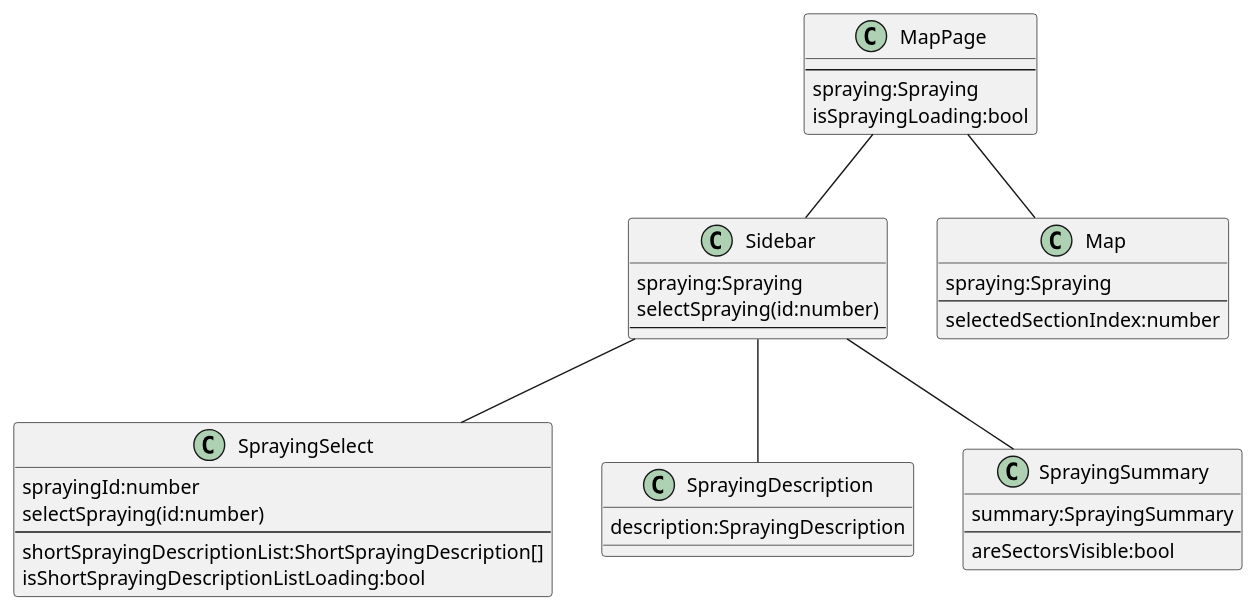
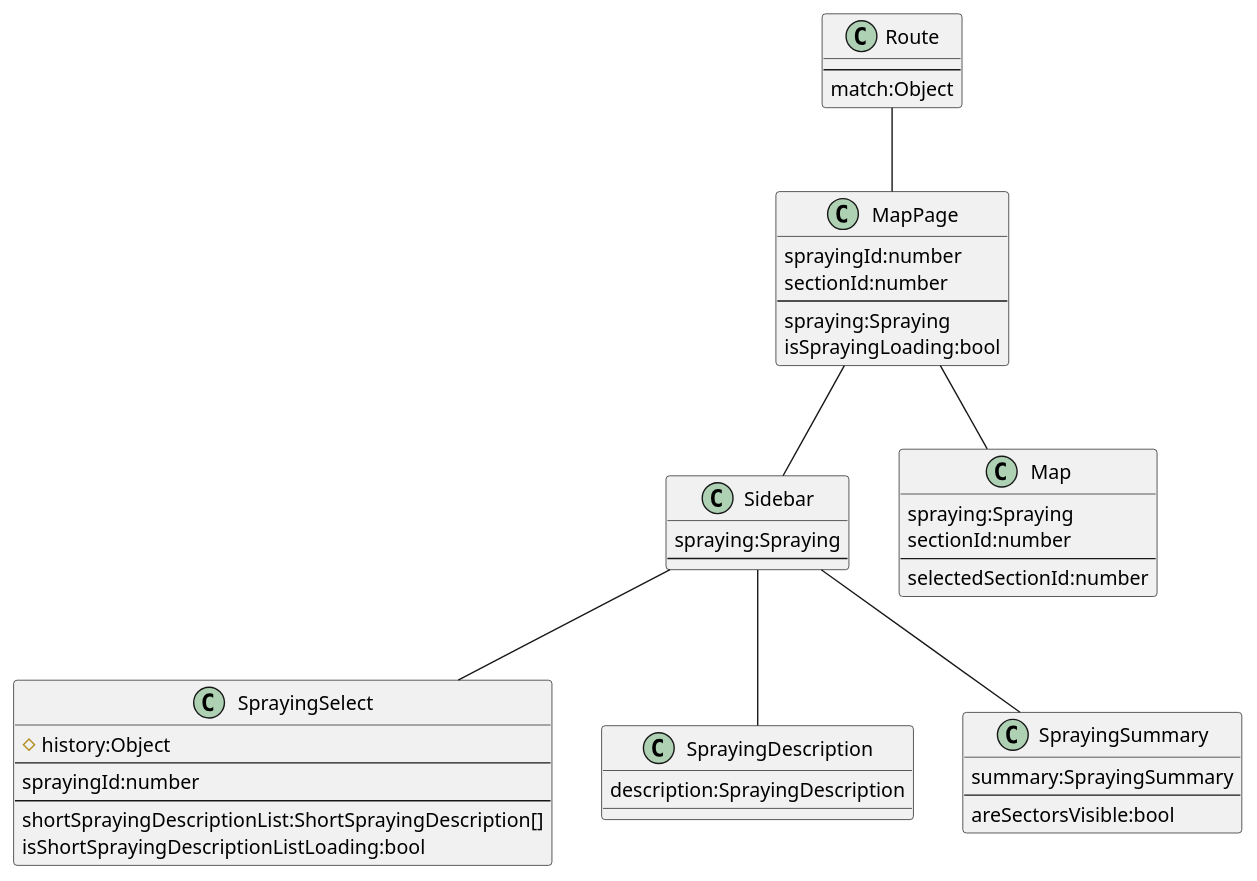
The diagram in docs/mapPage.cmp.puml (cbarsony/infested), drawn with PlantUML before and after one commit. The commit also changed 11 other files, not shown here.

Commit message:
Select spraying, section with Router, Context

```diff
--- a/docs/mapPage.cmp.puml
+++ b/docs/mapPage.cmp.puml
@@ -1,46 +1,56 @@
 @startuml
 
+class Route {
+    --
+    match:Object
+}
+
 class MapPage {
+    sprayingId:number
+    sectionId:number
     --
     spraying:Spraying
     isSprayingLoading:bool
 }
 
 class Sidebar {
     spraying:Spraying
-    selectSpraying(id:number)
     --
 }
 
 class Map {
     spraying:Spraying
+    sectionId:number
     --
-    selectedSectionIndex:number
+    selectedSectionId:number
 }
 
 class SprayingSelect {
+    #history:Object
+    --
     sprayingId:number
-    selectSpraying(id:number)
     --
     shortSprayingDescriptionList:ShortSprayingDescription[]
     isShortSprayingDescriptionListLoading:bool
 }
 
 class SprayingDescription {
     description:SprayingDescription
 }
 
 class SprayingSummary {
     summary:SprayingSummary
     --
     areSectorsVisible:bool
 }
 
+Route -- MapPage
+
 MapPage -- Sidebar
 MapPage -- Map
 
 Sidebar -- SprayingSelect
 Sidebar -- SprayingDescription
 Sidebar -- SprayingSummary
 
 @enduml
```
